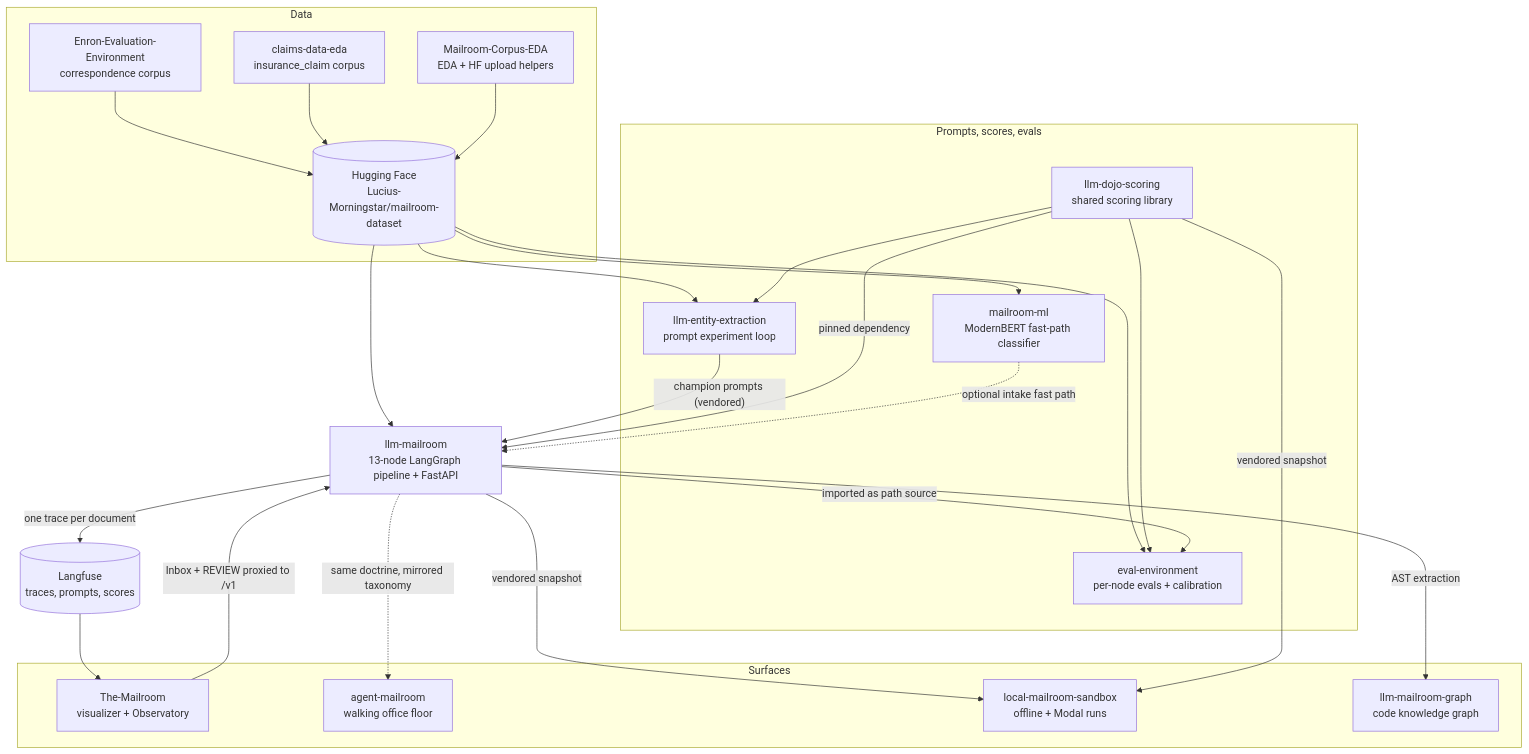
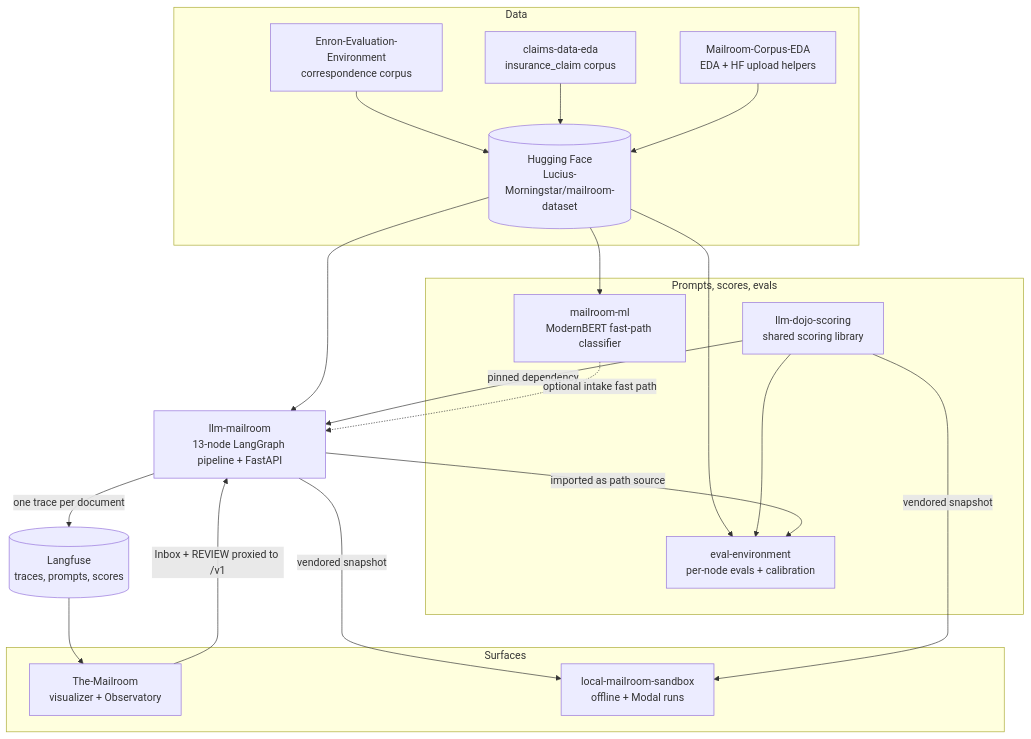
The first of 2 diagrams in packages/llm-mailroom/docs/constellation/architecture.md (Exios66/Digital-Mailroom), drawn with Mermaid before and after one commit. The commit also changed other lines of this file and 60 other files, not shown here.

````diff
--- a/packages/llm-mailroom/docs/constellation/architecture.md
+++ b/packages/llm-mailroom/docs/constellation/architecture.md
@@ -7,47 +7,39 @@
 ```mermaid
 flowchart TD
     subgraph DATA["Data"]
         ENRON["Enron-Evaluation-Environment<br/>correspondence corpus"]
         CLAIMS["claims-data-eda<br/>insurance_claim corpus"]
         EDA["Mailroom-Corpus-EDA<br/>EDA + HF upload helpers"]
         HF[("Hugging Face<br/>Lucius-Morningstar/mailroom-dataset")]
     end
 
     subgraph LOOP["Prompts, scores, evals"]
-        ENTITY["llm-entity-extraction<br/>prompt experiment loop"]
         DOJO["llm-dojo-scoring<br/>shared scoring library"]
         EVALS["eval-environment<br/>per-node evals + calibration"]
         ML["mailroom-ml<br/>ModernBERT fast-path classifier"]
     end
 
     PIPE["llm-mailroom<br/>13-node LangGraph pipeline + FastAPI"]
     LF[("Langfuse<br/>traces, prompts, scores")]
 
     subgraph SURF["Surfaces"]
         VIS["The-Mailroom<br/>visualizer + Observatory"]
-        AGENT["agent-mailroom<br/>walking office floor"]
         SAND["local-mailroom-sandbox<br/>offline + Modal runs"]
-        GRAPH["llm-mailroom-graph<br/>code knowledge graph"]
     end
 
     ENRON --> HF
     CLAIMS --> HF
     EDA --> HF
-    HF --> ENTITY
     HF --> EVALS
     HF --> ML
     HF --> PIPE
-    ENTITY -- "champion prompts (vendored)" --> PIPE
     DOJO -- "pinned dependency" --> PIPE
-    DOJO --> ENTITY
     DOJO --> EVALS
     PIPE -- "imported as path source" --> EVALS
     ML -. "optional intake fast path" .-> PIPE
     PIPE -- "one trace per document" --> LF
     LF --> VIS
     VIS -- "Inbox + REVIEW proxied to /v1" --> PIPE
     PIPE -- "vendored snapshot" --> SAND
     DOJO -- "vendored snapshot" --> SAND
-    PIPE -- "AST extraction" --> GRAPH
-    PIPE -. "same doctrine, mirrored taxonomy" .-> AGENT
 ```
````
